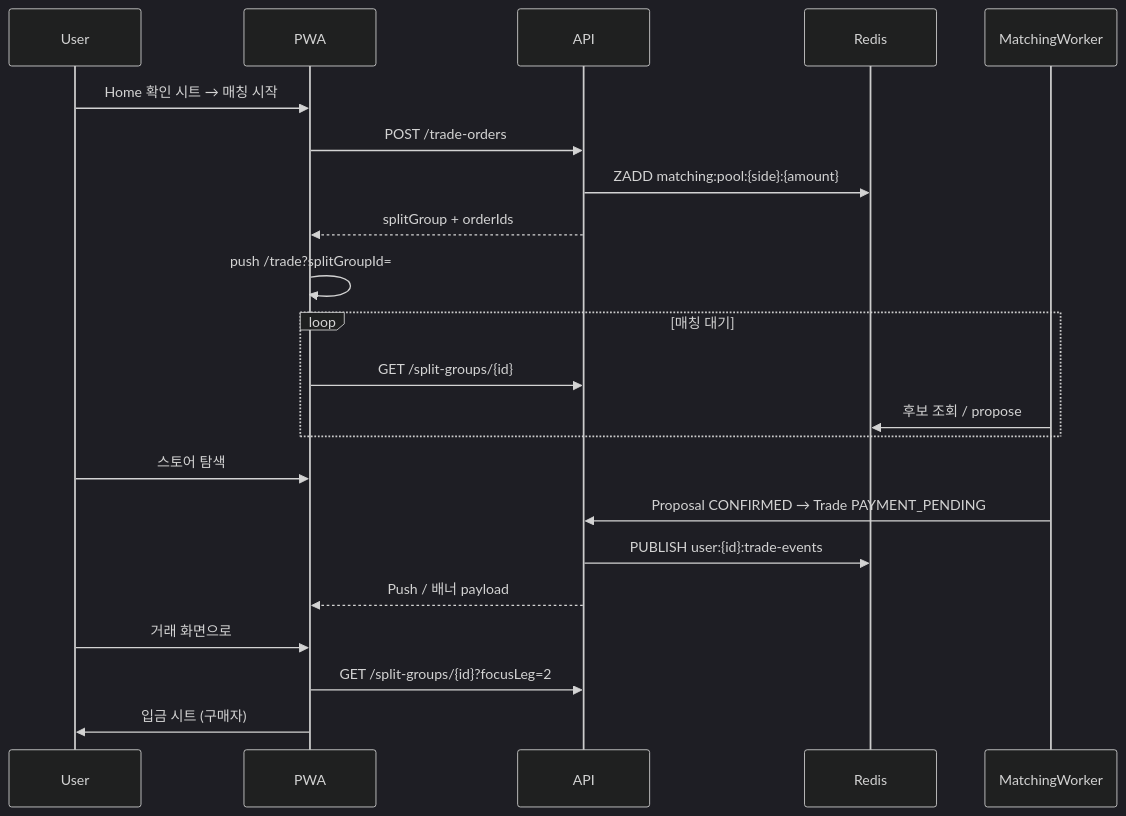
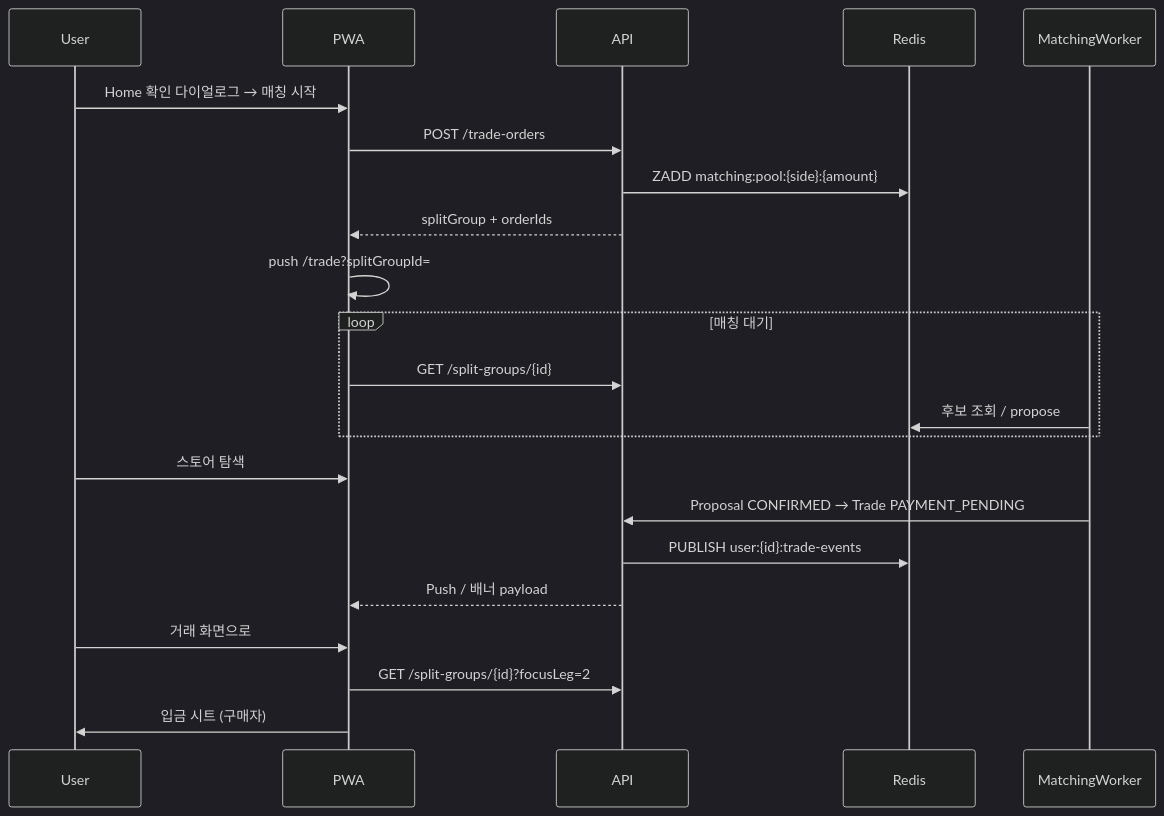
One commit to mslee98/seed-nt changed the diagram in docs/porcess/trade-scenarios.md. Above: the diagram before and after it, drawn with Mermaid (dark theme). The commit also changed other lines of this file and 91 other files, not shown here.

````diff
--- a/docs/porcess/trade-scenarios.md
+++ b/docs/porcess/trade-scenarios.md
@@ -231,28 +231,28 @@
 ```mermaid
 sequenceDiagram
     participant U as User
     participant App as PWA
     participant API as API
     participant Redis as Redis
     participant Worker as MatchingWorker
 
-    U->>App: Home 확인 시트 → 매칭 시작
+    U->>App: Home 확인 다이얼로그 → 매칭 시작
     App->>API: POST /trade-orders
     API->>Redis: ZADD matching:pool:{side}:{amount}
     API-->>App: splitGroup + orderIds
     App->>App: push /trade?splitGroupId=
 
     loop 매칭 대기
         App->>API: GET /split-groups/{id}
         Worker->>Redis: 후보 조회 / propose
     end
 
     U->>App: 스토어 탐색
     Worker->>API: Proposal CONFIRMED → Trade PAYMENT_PENDING
     API->>Redis: PUBLISH user:{id}:trade-events
     API-->>App: Push / 배너 payload
 
     U->>App: 거래 화면으로
     App->>API: GET /split-groups/{id}?focusLeg=2
     App->>U: 입금 시트 (구매자)
 ```
````
